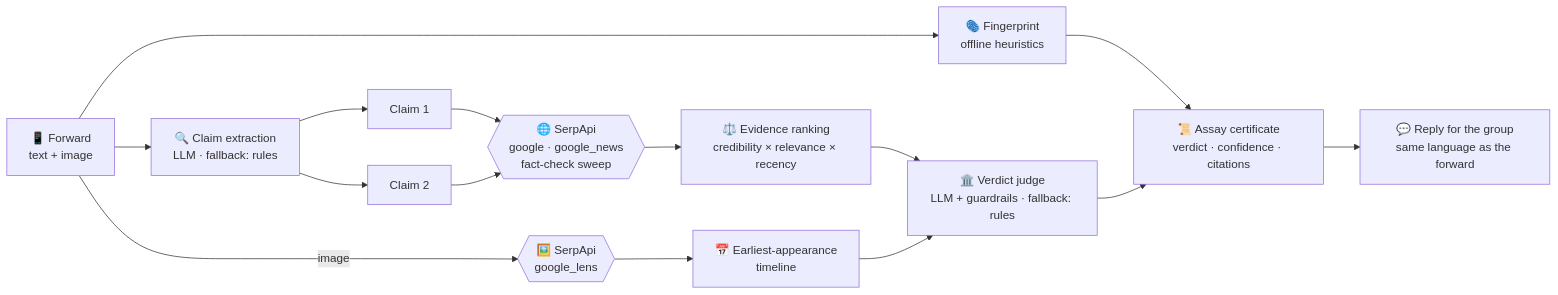
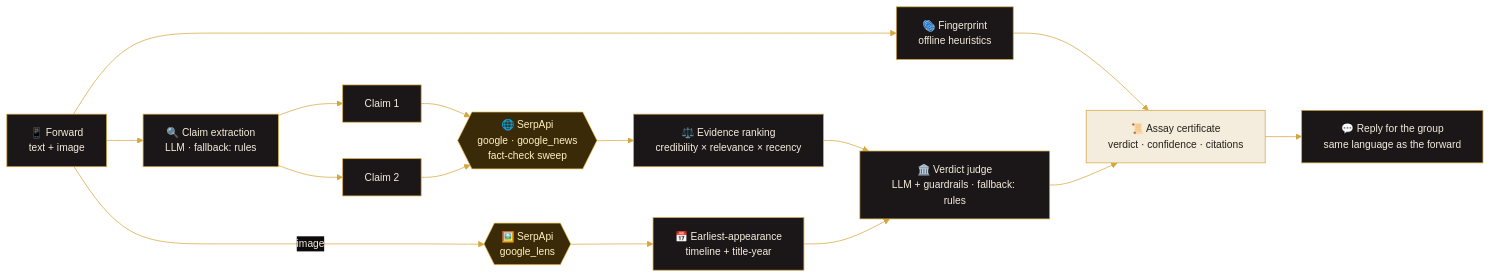
Before and after one commit to SaudSatopay/kasauti: the diagram in README.md, drawn with Mermaid. The commit also changed other lines of this file and 32 other files, not shown here.

````diff
--- a/README.md
+++ b/README.md
@@ -151,15 +128,19 @@
 ```mermaid
+%%{init: {'theme':'base','themeVariables':{'primaryColor':'#1b1617','primaryTextColor':'#f4edde','primaryBorderColor':'#d4a63f','lineColor':'#d4a63f','secondaryColor':'#261f20','tertiaryColor':'#131011','fontFamily':'Georgia, serif','fontSize':'14px','clusterBkg':'#131011','clusterBorder':'#8a641c','edgeLabelBackground':'#0c0a0b'}}}%%
 flowchart LR
-    A[📱 Forward\ntext + image] --> FP[🫆 Fingerprint\noffline heuristics]
-    A --> CE[🔍 Claim extraction\nLLM · fallback: rules]
+    A[📱 Forward<br/>text + image] --> FP[🫆 Fingerprint<br/>offline heuristics]
+    A --> CE[🔍 Claim extraction<br/>LLM · fallback: rules]
     CE --> C1[Claim 1] & C2[Claim 2]
-    C1 & C2 --> S{{"🌐 SerpApi\ngoogle · google_news\nfact-check sweep"}}
-    A -- image --> LENS{{"🖼️ SerpApi\ngoogle_lens"}}
-    S --> EV[⚖️ Evidence ranking\ncredibility × relevance × recency]
-    LENS --> TL[📅 Earliest-appearance\ntimeline]
-    EV --> J[🏛️ Verdict judge\nLLM + guardrails · fallback: rules]
+    C1 & C2 --> S{{"🌐 SerpApi<br/>google · google_news<br/>fact-check sweep"}}
+    A -- image --> LENS{{"🖼️ SerpApi<br/>google_lens"}}
+    S --> EV[⚖️ Evidence ranking<br/>credibility × relevance × recency]
+    LENS --> TL[📅 Earliest-appearance<br/>timeline + title-year]
+    EV --> J[🏛️ Verdict judge<br/>LLM + guardrails · fallback: rules]
     TL --> J
     FP --> R
-    J --> R[📜 Assay certificate\nverdict · confidence · citations]
-    R --> REP[💬 Reply for the group\nsame language as the forward]
+    J --> R[📜 Assay certificate<br/>verdict · confidence · citations]
+    R --> REP[💬 Reply for the group<br/>same language as the forward]
+    style S fill:#3b2a08,stroke:#f0c75e,color:#fff1c2
+    style LENS fill:#3b2a08,stroke:#f0c75e,color:#fff1c2
+    style R fill:#f4edde,stroke:#d4a63f,color:#241f1a
 ```
````
